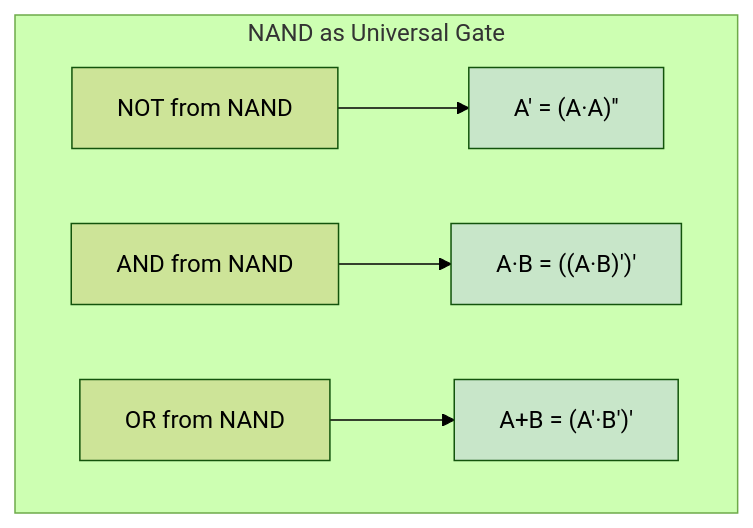
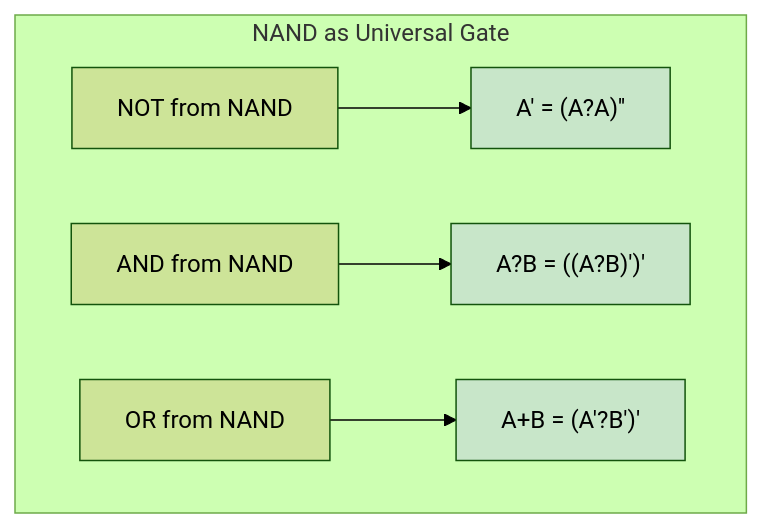
One commit to Raushan666java/ai-engineering-journey changed the second of 5 diagrams in docs/courses/digital-logic/02-boolean-algebra.md. Above: the diagram before and after it, drawn with Mermaid (forest theme). The commit also changed other lines of this file and 790 other files, not shown here.

Commit message:
Sync all course diagram renders and content updates

````diff
--- a/docs/courses/digital-logic/02-boolean-algebra.md
+++ b/docs/courses/digital-logic/02-boolean-algebra.md
@@ -173,11 +173,11 @@
 ```mermaid
 graph TD
     subgraph "NAND as Universal Gate"
-        N1[NOT from NAND] --> N1d["A' = (A·A)''"]
-        N2[AND from NAND] --> N2d["A·B = ((A·B)')'"]
-        N3[OR from NAND] --> N3d["A+B = (A'·B')'"]
+        N1[NOT from NAND] --> N1d["A' = (A?A)''"]
+        N2[AND from NAND] --> N2d["A?B = ((A?B)')'"]
+        N3[OR from NAND] --> N3d["A+B = (A'?B')'"]
     end
     style N1d fill:#c8e6c9
     style N2d fill:#c8e6c9
     style N3d fill:#c8e6c9
 ```
````
